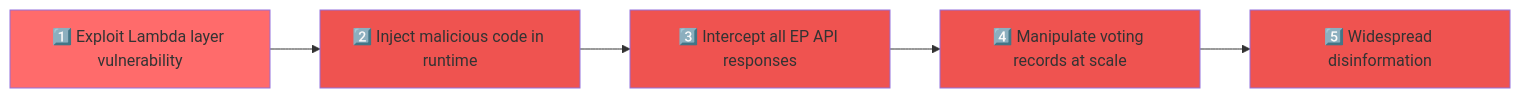
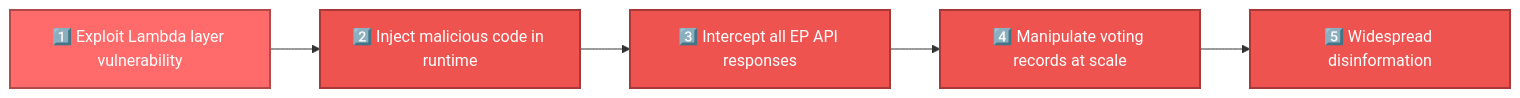
The fifth of 7 diagrams in api-markdown/_media/FUTURE_THREAT_MODEL.md (Hack23/European-Parliament-MCP-Server), drawn with Mermaid before and after one commit. The commit also changed other lines of this file and 1837 other files, not shown here.

````diff
--- a/api-markdown/_media/FUTURE_THREAT_MODEL.md
+++ b/api-markdown/_media/FUTURE_THREAT_MODEL.md
@@ -324,13 +348,23 @@
 ```mermaid
 graph LR
     A[1️⃣ Exploit Lambda layer vulnerability] --> B[2️⃣ Inject malicious code in runtime]
     B --> C[3️⃣ Intercept all EP API responses]
     C --> D[4️⃣ Manipulate voting records at scale]
     D --> E[5️⃣ Widespread disinformation]
     
-    style A fill:#ff6b6b
-    style B fill:#ef5350
-    style C fill:#ef5350
-    style D fill:#ef5350
-    style E fill:#ef5350
+    style A fill:#ff6b6b,stroke:#b24a4a,stroke-width:2px,color:#ffffff
+
+
+    style B fill:#ef5350,stroke:#a73a38,stroke-width:2px,color:#ffffff
+
+
+    style C fill:#ef5350,stroke:#a73a38,stroke-width:2px,color:#ffffff
+
+
+    style D fill:#ef5350,stroke:#a73a38,stroke-width:2px,color:#ffffff
+
+
+    style E fill:#ef5350,stroke:#a73a38,stroke-width:2px,color:#ffffff
+
+
 ```
````
